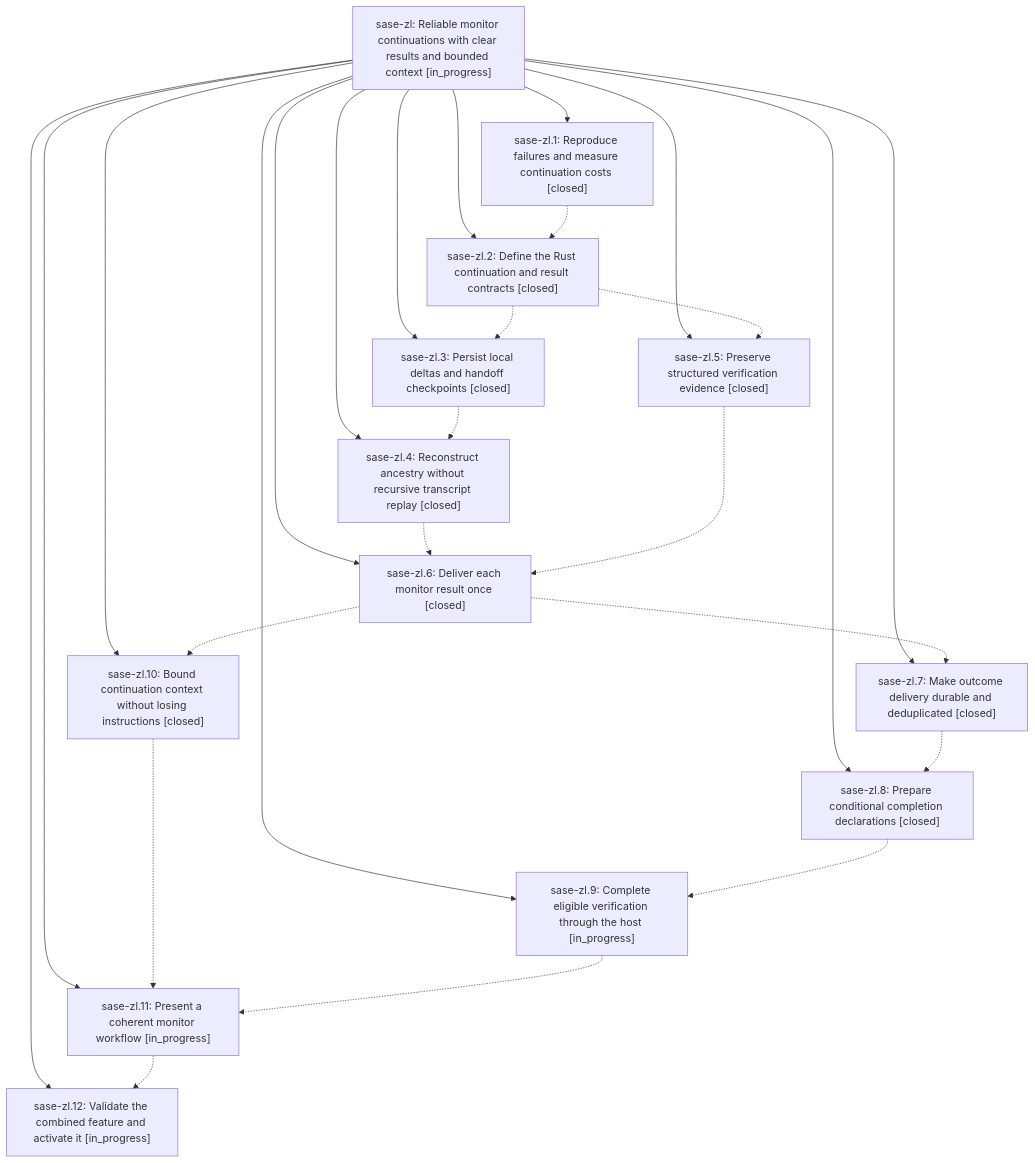
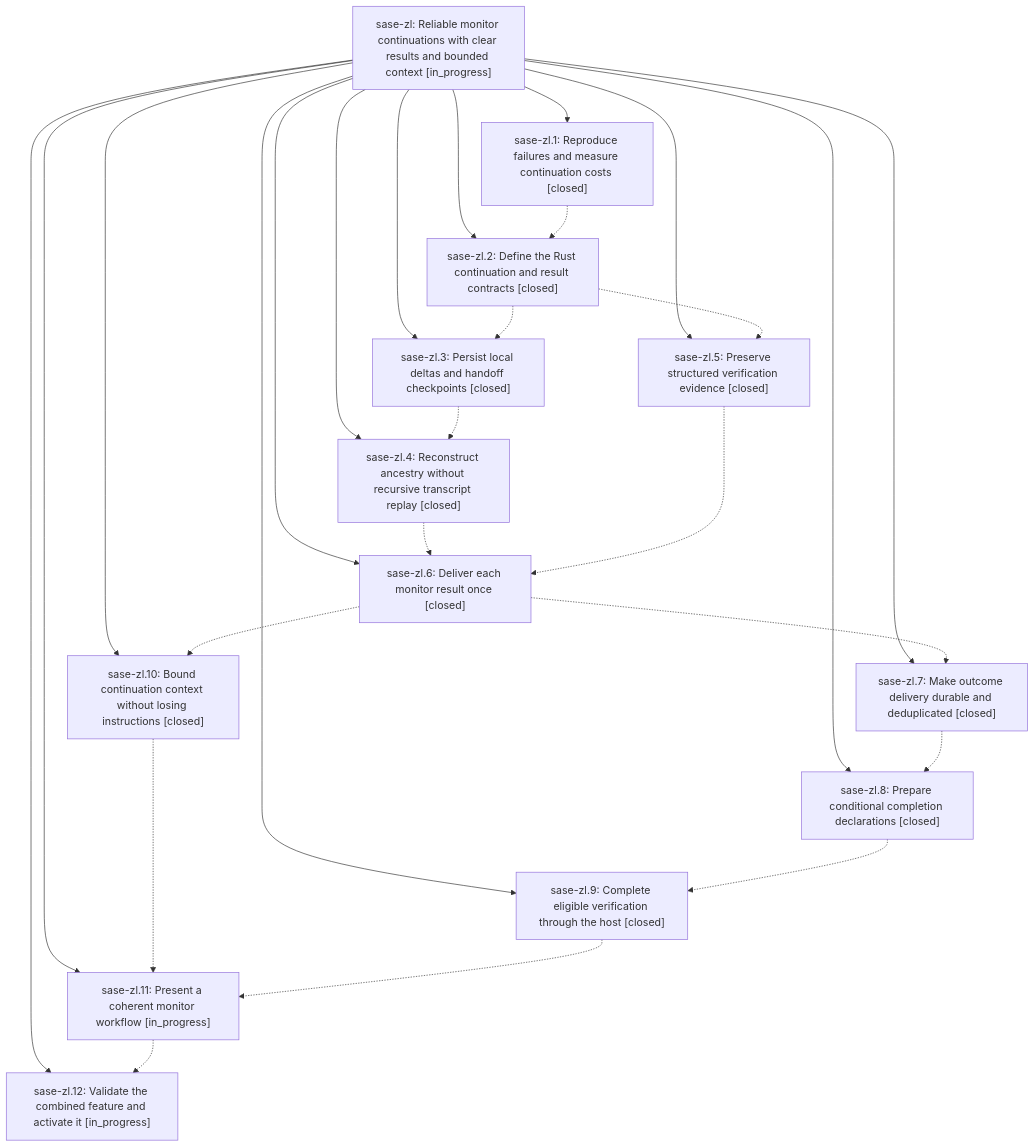
One commit to sase-org/sase--beads changed the diagram in pages/sase-zl/README.md. Above: the diagram before and after it, drawn with Mermaid. The commit also changed other lines of this file and 3 other files, not shown here.

````diff
--- a/pages/sase-zl/README.md
+++ b/pages/sase-zl/README.md
@@ -33,41 +33,41 @@
 ```mermaid
 flowchart TD
     n0["sase-zl: Reliable monitor continuations with clear results and bounded context [in_progress]"]
     n1["sase-zl.1: Reproduce failures and measure continuation costs [closed]"]
     n2["sase-zl.10: Bound continuation context without losing instructions [closed]"]
     n3["sase-zl.11: Present a coherent monitor workflow [in_progress]"]
     n4["sase-zl.12: Validate the combined feature and activate it [in_progress]"]
     n5["sase-zl.2: Define the Rust continuation and result contracts [closed]"]
     n6["sase-zl.3: Persist local deltas and handoff checkpoints [closed]"]
     n7["sase-zl.4: Reconstruct ancestry without recursive transcript replay [closed]"]
     n8["sase-zl.5: Preserve structured verification evidence [closed]"]
     n9["sase-zl.6: Deliver each monitor result once [closed]"]
     n10["sase-zl.7: Make outcome delivery durable and deduplicated [closed]"]
     n11["sase-zl.8: Prepare conditional completion declarations [closed]"]
-    n12["sase-zl.9: Complete eligible verification through the host [in_progress]"]
+    n12["sase-zl.9: Complete eligible verification through the host [closed]"]
     n0 --> n1
     n0 --> n2
     n0 --> n3
     n0 --> n4
     n0 --> n5
     n0 --> n6
     n0 --> n7
     n0 --> n8
     n0 --> n9
     n0 --> n10
     n0 --> n11
     n0 --> n12
     n1 -.-> n5
     n2 -.-> n3
     n3 -.-> n4
     n5 -.-> n6
     n5 -.-> n8
     n6 -.-> n7
     n7 -.-> n9
     n8 -.-> n9
     n9 -.-> n2
     n9 -.-> n10
     n10 -.-> n11
     n11 -.-> n12
     n12 -.-> n3
 ```
````
